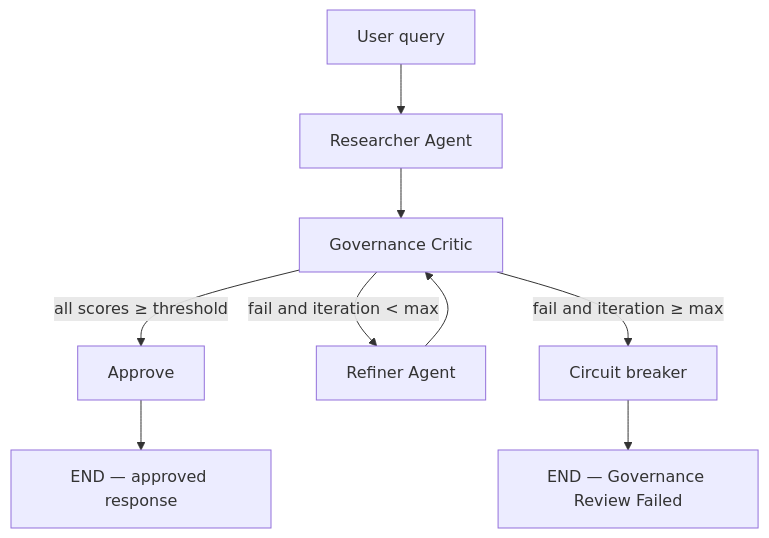
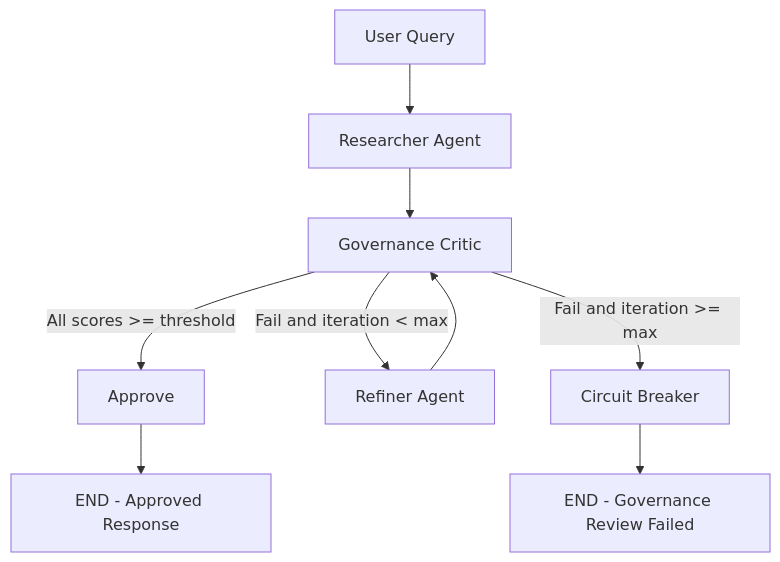
One commit to AadyaAgarwal01/agentic-governance-guardrail changed the first of 5 diagrams in README.md. Above: the diagram before and after it, drawn with Mermaid. The commit also changed other lines of this file, not shown here.

````diff
--- a/README.md
+++ b/README.md
@@ -27,11 +32,14 @@
 ```mermaid
 flowchart TD
-    Q[User query] --> R[Researcher Agent]
+    Q[User Query] --> R[Researcher Agent]
     R --> C[Governance Critic]
-    C -->|all scores ≥ threshold| A[Approve]
-    C -->|fail and iteration < max| F[Refiner Agent]
+
+    C -->|All scores >= threshold| A[Approve]
+    C -->|Fail and iteration < max| F[Refiner Agent]
     F --> C
-    C -->|fail and iteration ≥ max| X[Circuit breaker]
-    A --> END1[END — approved response]
-    X --> END2[END — Governance Review Failed]
+
+    C -->|Fail and iteration >= max| X[Circuit Breaker]
+
+    A --> END1[END - Approved Response]
+    X --> END2[END - Governance Review Failed]
 ```
````
